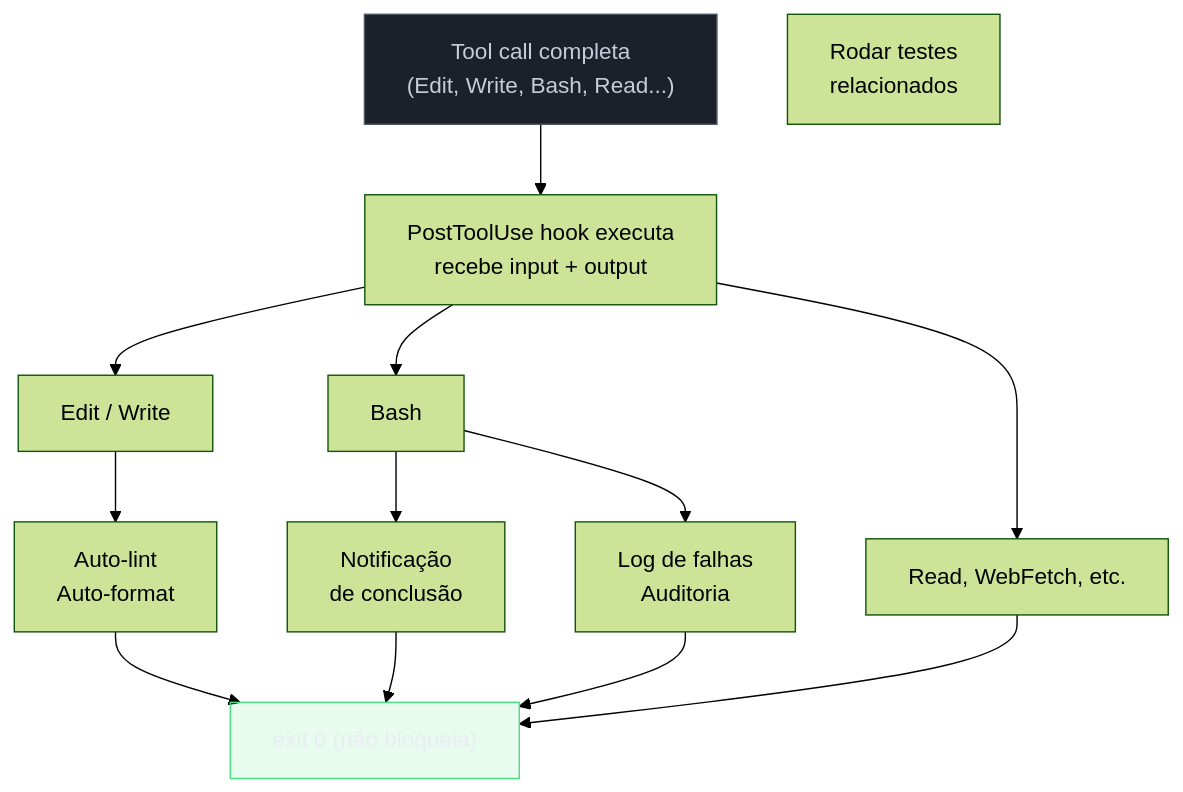
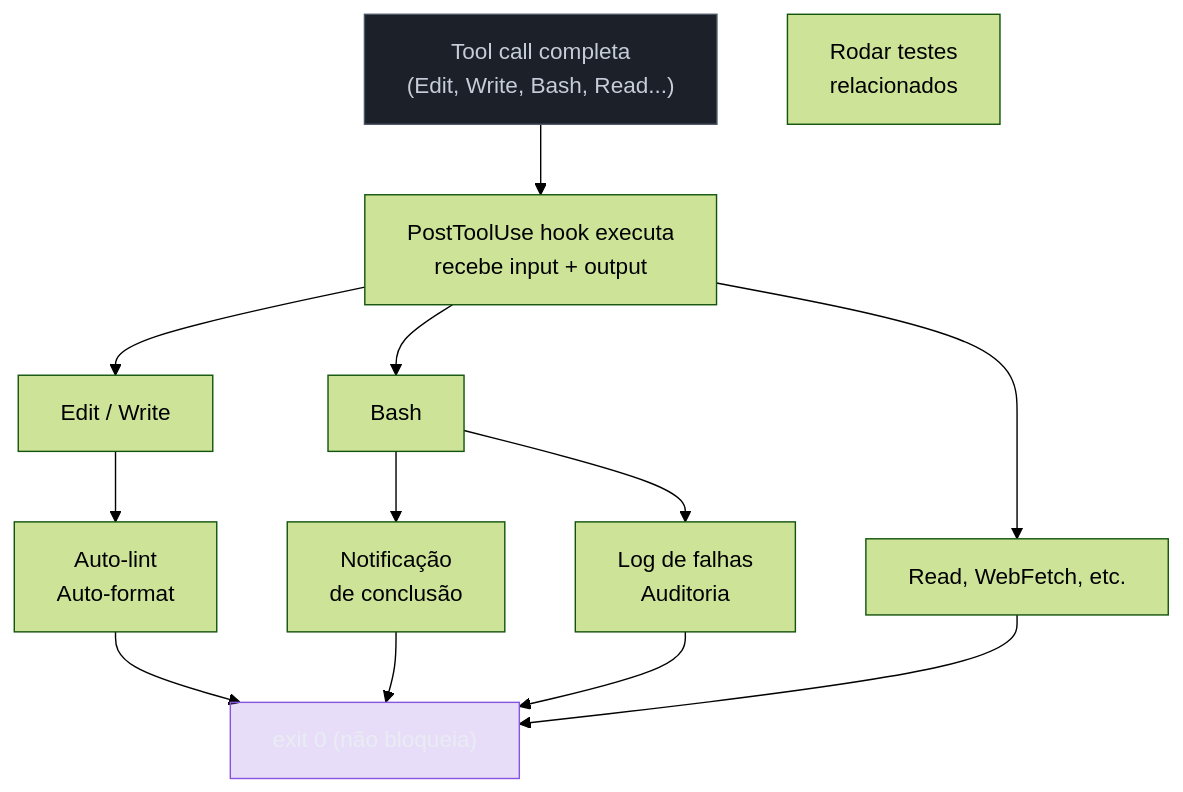
Before and after one commit to josenaldo/codex-technomanticus: the second of 2 diagrams in 03-Dominios/Tecnologia/IA/Claude Code/Hooks e Guardrails/03 - PostToolUse.md, drawn with Mermaid (forest theme). The commit also changed 601 other files, not shown here.

````diff
--- a/03-Dominios/Tecnologia/IA/Claude Code/Hooks e Guardrails/03 - PostToolUse.md
+++ b/03-Dominios/Tecnologia/IA/Claude Code/Hooks e Guardrails/03 - PostToolUse.md
@@ -416,25 +416,25 @@
 ```mermaid
 flowchart TD
+    classDef marca fill:#8855DF33,stroke:#8855DF,color:#E9ECF2
     classDef neutro fill:#1B2029,stroke:#4E5666,color:#C6CCD8
-    classDef ok fill:#4ADE8021,stroke:#4ADE80,color:#E9ECF2
     Tool["Tool call completa\n(Edit, Write, Bash, Read...)"]
     Hook["PostToolUse hook executa\nrecebe input + output"]
 
     Edit["Edit / Write"]
     Bash["Bash"]
     Other["Read, WebFetch, etc."]
 
     Lint["Auto-lint\nAuto-format"]
     Test["Rodar testes\nrelacionados"]
     Notify["Notificação\nde conclusão"]
     Log["Log de falhas\nAuditoria"]
     Exit["exit 0 (não bloqueia)"]
 
     Tool --> Hook
     Hook --> Edit --> Lint --> Exit
     Hook --> Bash --> Notify & Log --> Exit
     Hook --> Other --> Exit
 
     class Tool neutro
-    class Exit ok
+    class Exit marca
 ```
````
